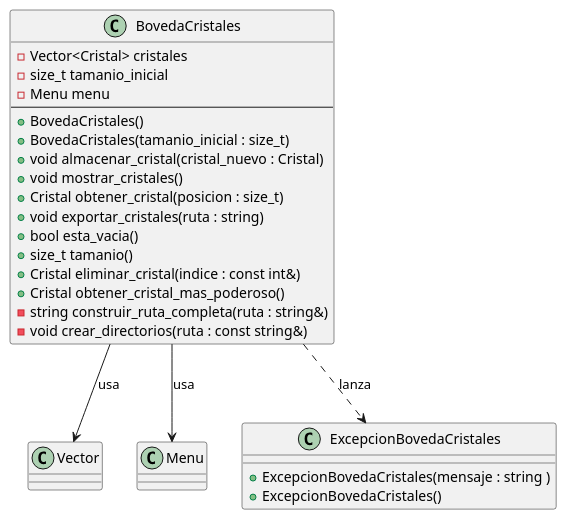
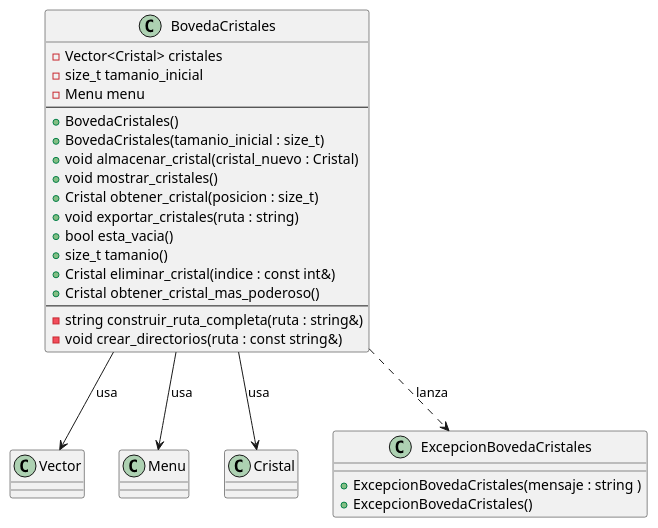
The diagram in Diagramas-UML/BovedaCristales.puml (guillsil/Transformers-Game), drawn with PlantUML before and after one commit. The commit also changed 3 other files, not shown here.

Commit message:
UML: Limpiando y agregando clases

```diff
--- a/Diagramas-UML/BovedaCristales.puml
+++ b/Diagramas-UML/BovedaCristales.puml
@@ -1,34 +1,37 @@
 @startuml
 'https://plantuml.com/class-diagram
 class Vector
 class Menu
+class Cristal
 
 class ExcepcionBovedaCristales {
     + ExcepcionBovedaCristales(mensaje : string )
     + ExcepcionBovedaCristales()
 }
 
 class BovedaCristales {
     - Vector<Cristal> cristales
     - size_t tamanio_inicial
     - Menu menu
     ---
     + BovedaCristales()
     + BovedaCristales(tamanio_inicial : size_t)
     + void almacenar_cristal(cristal_nuevo : Cristal)
     + void mostrar_cristales()
     + Cristal obtener_cristal(posicion : size_t)
     + void exportar_cristales(ruta : string)
     + bool esta_vacia()
     + size_t tamanio()
     + Cristal eliminar_cristal(indice : const int&)
     + Cristal obtener_cristal_mas_poderoso()
+    ---
     - string construir_ruta_completa(ruta : string&)
     - void crear_directorios(ruta : const string&)
 }
 
 ' Relaciones
 BovedaCristales --> Vector : "usa"
 BovedaCristales --> Menu : "usa"
+BovedaCristales --> Cristal : "usa"
 BovedaCristales ..> ExcepcionBovedaCristales : "lanza"
 @enduml
```
